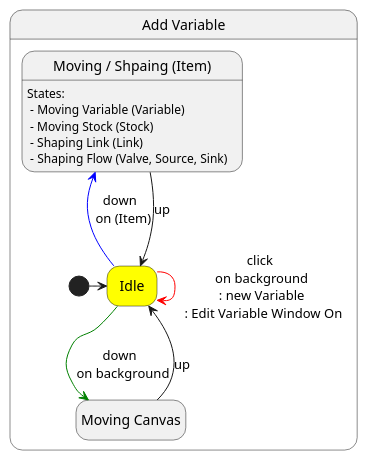
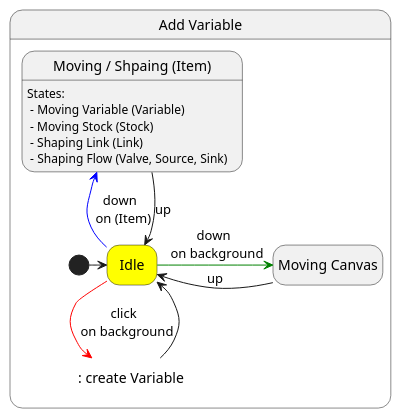
One commit to cidhuang/system-dynamics-tool changed the fourth of 6 diagrams in docusaurus/docs/interaction.md. Above: the diagram before and after it, drawn with PlantUML. The commit also changed other lines of this file, not shown here.

Commit message:
docs: interation page combine Mode Add Link and Add Flow

````diff
--- a/docusaurus/docs/interaction.md
+++ b/docusaurus/docs/interaction.md
@@ -139,21 +134,23 @@
 ```plantuml
-@startuml SystemMap
+@startuml Add Variable
 hide empty description
 
 state "Add Variable" as modeAddVariable {
   state "Idle" as idle #yellow
   state "Moving Canvas" as moveCanvas
   state "Moving / Shpaing (Item)" as moveItem : States: \n - Moving Variable (Variable) \n - Moving Stock (Stock) \n - Shaping Link (Link) \n - Shaping Flow (Valve, Source, Sink)
+  state ": create Variable" as addVariable #white ##white
 
   [*] -> idle
-  idle -[#green]-> moveCanvas : down \n on background
-  moveCanvas -up-> idle : up
+  idle -[#green]> moveCanvas : down \n on background
+  moveCanvas -> idle : up
 
   idle -up[#blue]-> moveItem : down \n on (Item)
   moveItem --> idle : up
 
-  idle -[#red]> idle : click \n on background \n : new Variable \n : Edit Variable Window On
+  idle -down[#red]-> addVariable : click \n on background
+  addVariable -up-> idle
 }
 
 @enduml
 ```
````
